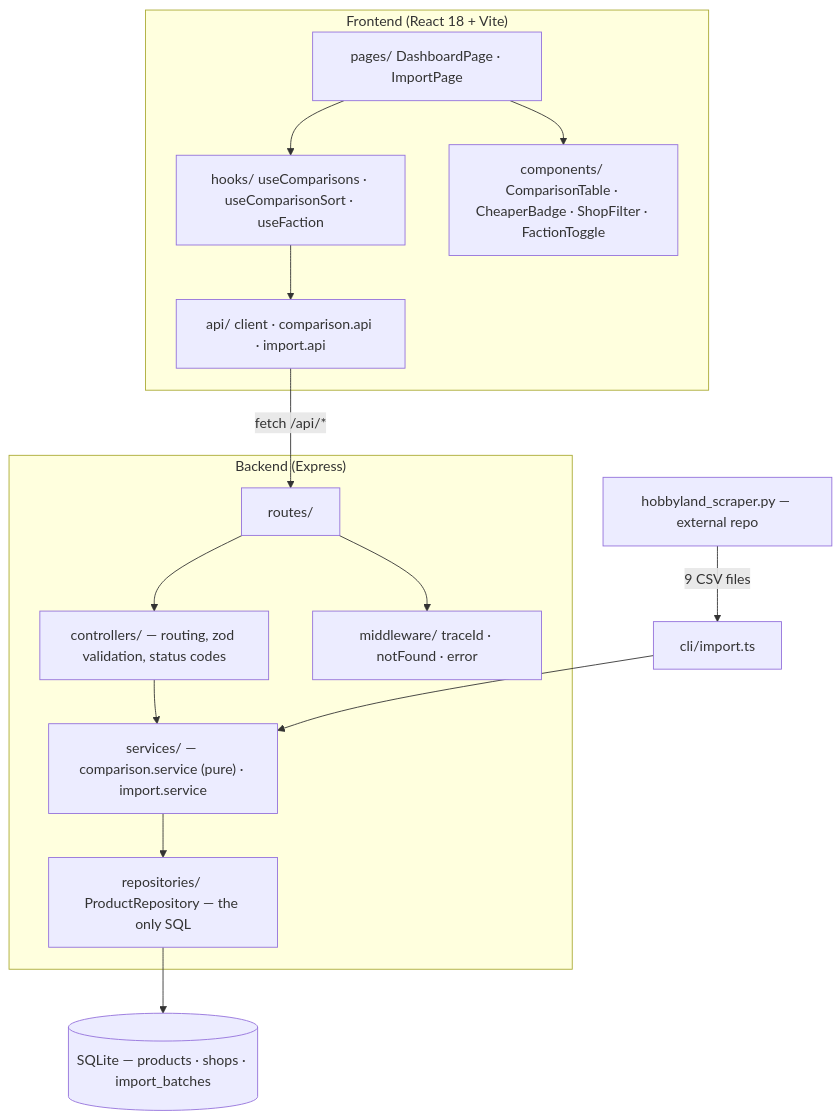
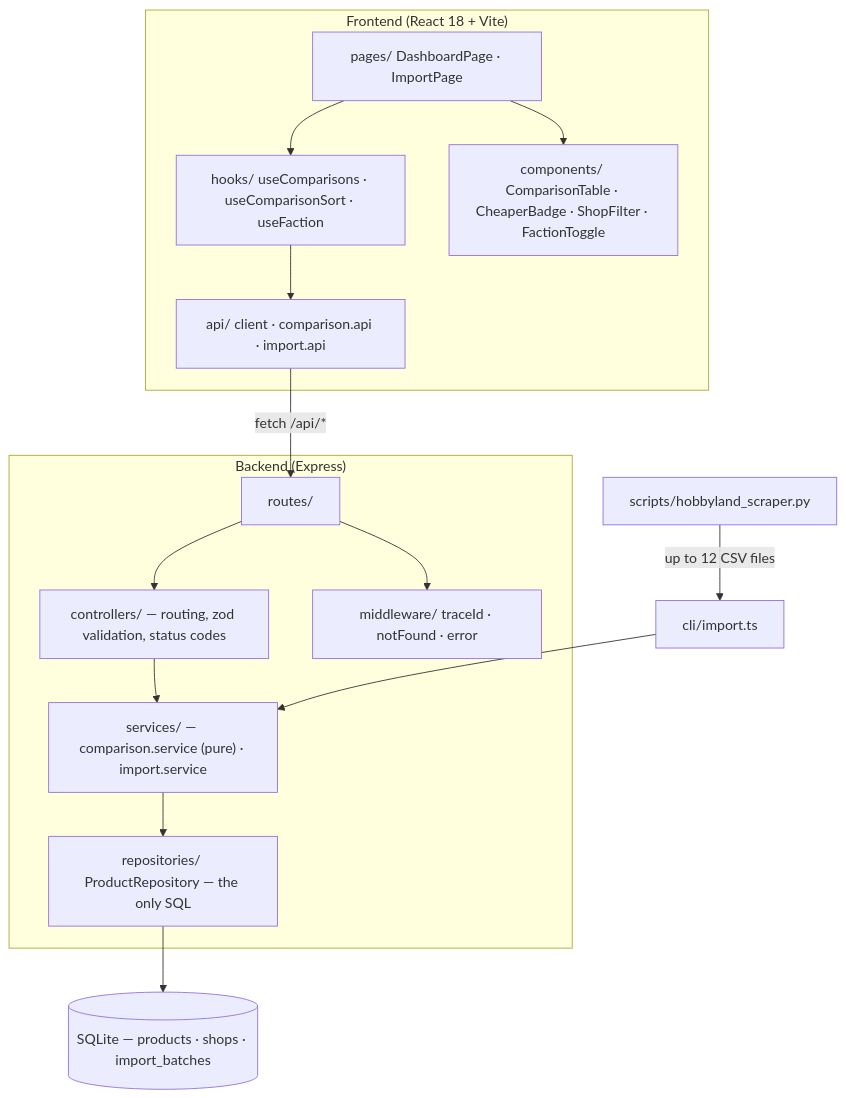
Before and after one commit to jakwong1981/hobbyland: the first of 3 diagrams in README.md, drawn with Mermaid. The commit also changed other lines of this file and 22 other files, not shown here.

````diff
--- a/README.md
+++ b/README.md
@@ -106,30 +116,30 @@
 ```mermaid
 flowchart TD
     subgraph FE["Frontend (React 18 + Vite)"]
         P["pages/ DashboardPage · ImportPage"]
         H["hooks/ useComparisons · useComparisonSort · useFaction"]
         C["components/ ComparisonTable · CheaperBadge · ShopFilter · FactionToggle"]
         A["api/ client · comparison.api · import.api"]
         P --> H --> A
         P --> C
     end
 
     subgraph BE["Backend (Express)"]
         R["routes/"]
         CTRL["controllers/ — routing, zod validation, status codes"]
         SVC["services/ — comparison.service (pure) · import.service"]
         REPO["repositories/ ProductRepository — the only SQL"]
         MW["middleware/ traceId · notFound · error"]
         R --> CTRL --> SVC --> REPO
         R --> MW
     end
 
     DB[("SQLite — products · shops · import_batches")]
     CLI["cli/import.ts"]
-    SCRAPE["hobbyland_scraper.py — external repo"]
+    SCRAPE["scripts/hobbyland_scraper.py"]
 
     A -->|"fetch /api/*"| R
     REPO --> DB
     CLI --> SVC
-    SCRAPE -->|"9 CSV files"| CLI
+    SCRAPE -->|"up to 12 CSV files"| CLI
 ```
````
